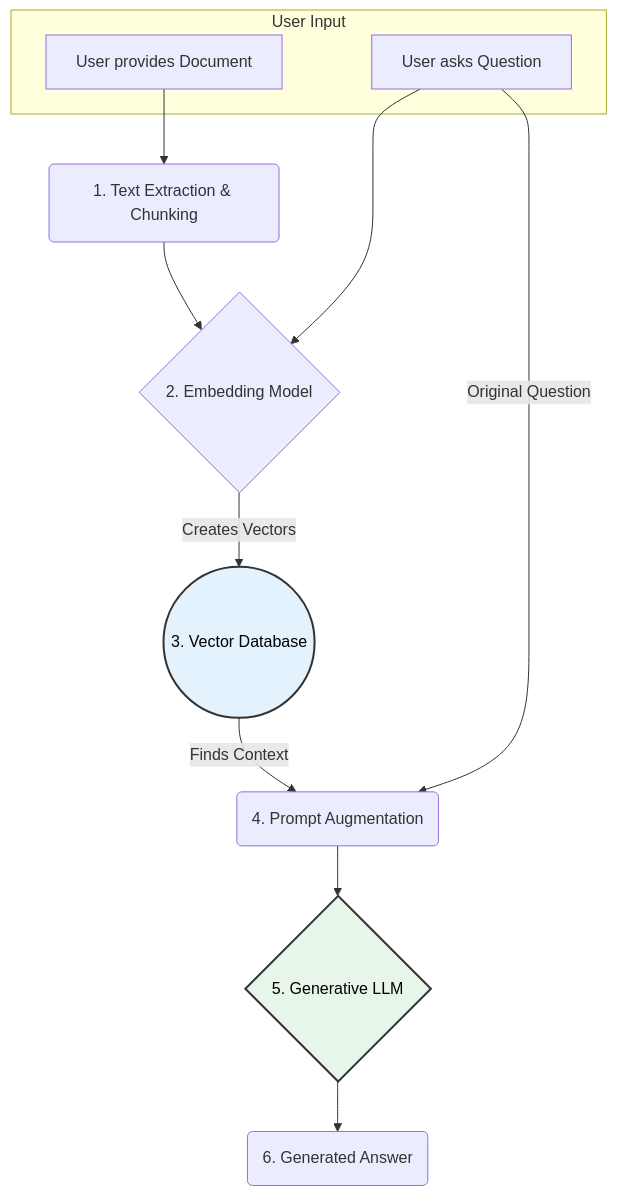
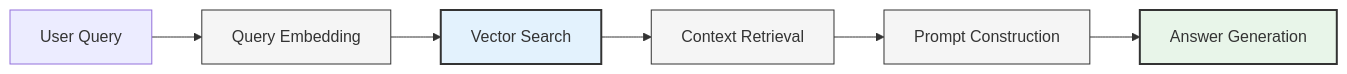
One commit to balupeddireddy08/RAG_ChatBot changed the third of 4 diagrams in README.md. Above: the diagram before and after it, drawn with Mermaid. The commit also changed other lines of this file, not shown here.

````diff
--- a/README.md
+++ b/README.md
@@ -102,21 +149,14 @@
 ```mermaid
-graph TD
-    subgraph "User Input"
-        A["User provides Document"]
-        B["User asks Question"]
-    end
+graph LR
+    A["User Query"] --> B["Query Embedding"]
+    B --> C["Vector Search"]
+    C --> D["Context Retrieval"]
+    D --> E["Prompt Construction"]
+    E --> F["Answer Generation"]
     
-    A --> C("1. Text Extraction & Chunking");
-    C --> D{"2. Embedding Model"};
-    B --> D;
+    style C fill:#e3f2fd,stroke:#333,stroke-width:2px
+    style F fill:#e8f5e9,stroke:#333,stroke-width:2px
     
-    D -- "Creates Vectors" --> E((3. Vector Database));
-    E -- "Finds Context" --> F("4. Prompt Augmentation");
-    B -- "Original Question" --> F;
-    
-    F --> G{"5. Generative LLM"};
-    G --> H("6. Generated Answer");
-
-    style E fill:#e3f2fd,stroke:#333,stroke-width:2px,color:#000
-    style G fill:#e8f5e9,stroke:#333,stroke-width:2px,color:#000
+    classDef process fill:#f5f5f5,stroke:#333,stroke-width:1px
+    class B,D,E process
 ```
````
